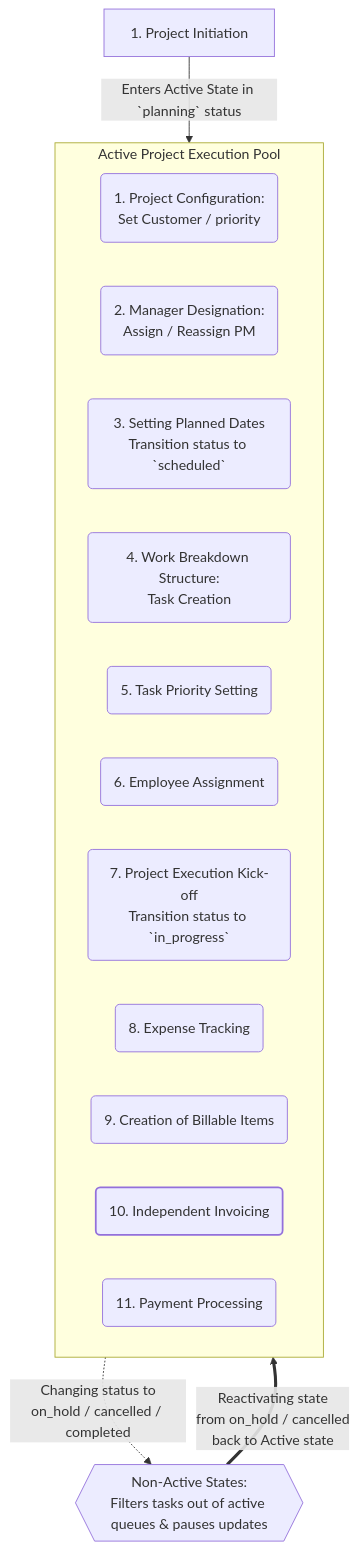
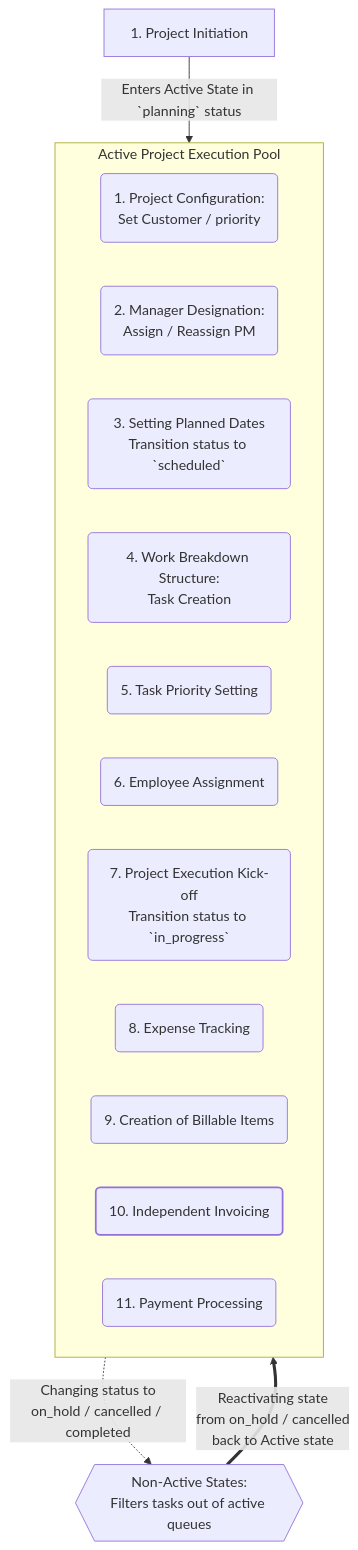
The first of 2 diagrams in docs/business-process.md (mauriciobarda/service-tenant-erp), drawn with Mermaid before and after one commit. The commit also changed 2 other files, not shown here.

Commit message:
feat(db): add Prisma schema and align documentation

````diff
--- a/docs/business-process.md
+++ b/docs/business-process.md
@@ -34,30 +34,30 @@
 ```mermaid
 flowchart TD
     classDef stateMachine stroke-width:2px;
 
     %% Phase 1: Initialization
     S0[1. Project Initiation] -->|Enters Active State in `planning` status | Active_Project_State
 
     %% Active Lifecycle Pool (Everything can happen concurrently)
     subgraph Active_Project_State [Active Project Execution Pool]
         S1("1. Project Configuration:\nSet Customer / priority")
         S2("2. Manager Designation:\nAssign / Reassign PM")
         S3("3. Setting Planned Dates\nTransition status to `scheduled`")
         S4("4. Work Breakdown Structure:\nTask Creation")
         S5("5. Task Priority Setting")
         S6("6. Employee Assignment")
         S7("7. Project Execution Kick-off\nTransition status to `in_progress`")
         S8("8. Expense Tracking")
         S9("9. Creation of Billable Items")
         S10("10. Independent Invoicing")
         S11("11. Payment Processing")
     end
 
     %% Global Interrupt pulling OUT of the active state
-    Active_Project_State -.->|"Changing status to\non_hold / cancelled / completed"| S12{{"Non-Active States:\nFilters tasks out of active queues & pauses updates"}}
+    Active_Project_State -.->|"Changing status to\non_hold / cancelled / completed"| S12{{"Non-Active States:\nFilters tasks out of active queues"}}
 
     %% Return path to Active State
     S12 ==>|"Reactivating state\n from on_hold / cancelled \n back to Active state"| Active_Project_State
 
     class S10 stateMachine;
 ```
````
